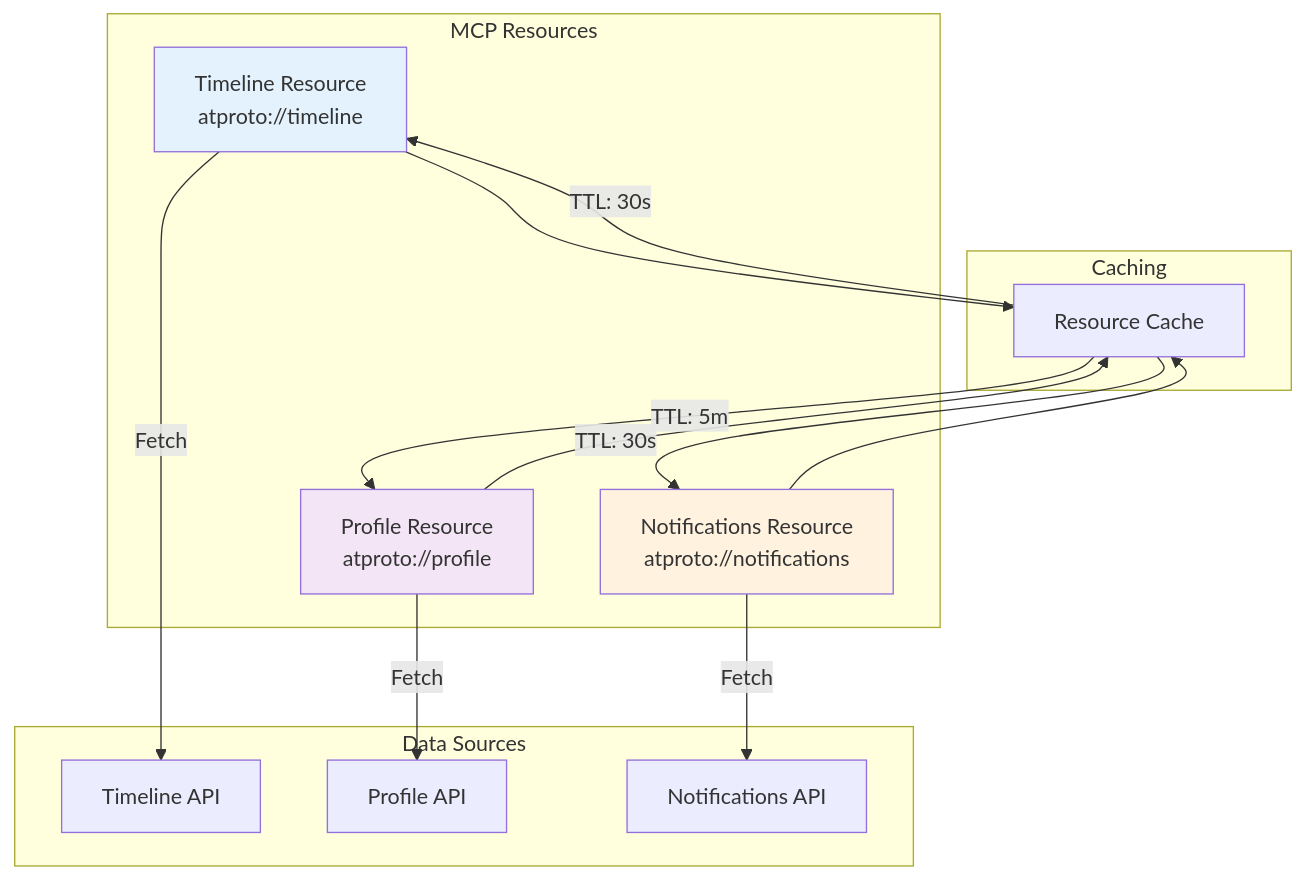
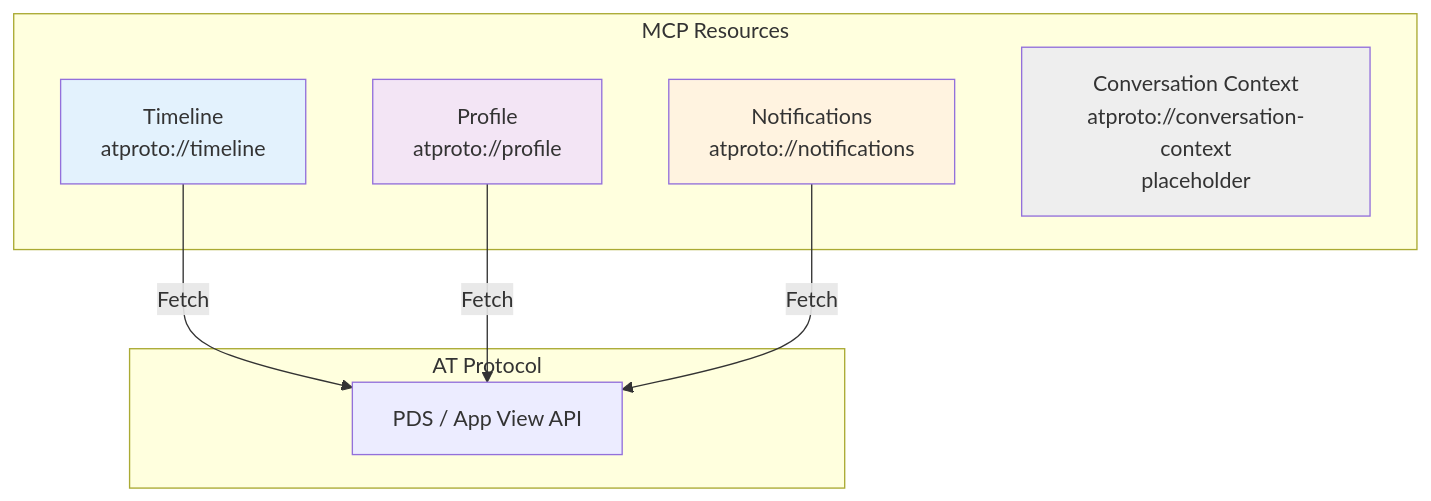
Before and after one commit to cameronrye/atproto-mcp: the fourth of 15 diagrams in docs/diagrams/architecture.md, drawn with Mermaid. The commit also changed other lines of this file and 103 other files, not shown here.

````diff
--- a/docs/diagrams/architecture.md
+++ b/docs/diagrams/architecture.md
@@ -306,34 +166,22 @@
 ```mermaid
 graph TB
     subgraph "MCP Resources"
-        Timeline[Timeline Resource<br/>atproto://timeline]
-        Profile[Profile Resource<br/>atproto://profile]
-        Notifs[Notifications Resource<br/>atproto://notifications]
+        Timeline[Timeline<br/>atproto://timeline]
+        Profile[Profile<br/>atproto://profile]
+        Notifs[Notifications<br/>atproto://notifications]
+        Convo[Conversation Context<br/>atproto://conversation-context<br/>placeholder]
     end
-    
-    subgraph "Data Sources"
-        TimelineAPI[Timeline API]
-        ProfileAPI[Profile API]
-        NotifsAPI[Notifications API]
+
+    subgraph "AT Protocol"
+        API[PDS / App View API]
     end
-    
-    subgraph "Caching"
-        Cache[Resource Cache]
-    end
-    
-    Timeline -->|Fetch| TimelineAPI
-    Profile -->|Fetch| ProfileAPI
-    Notifs -->|Fetch| NotifsAPI
-    
-    Timeline --> Cache
-    Profile --> Cache
-    Notifs --> Cache
-    
-    Cache -->|TTL: 30s| Timeline
-    Cache -->|TTL: 5m| Profile
-    Cache -->|TTL: 30s| Notifs
-    
+
+    Timeline -->|Fetch| API
+    Profile -->|Fetch| API
+    Notifs -->|Fetch| API
+
     style Timeline fill:#e3f2fd
     style Profile fill:#f3e5f5
     style Notifs fill:#fff3e0
+    style Convo fill:#eeeeee
 ```
````
